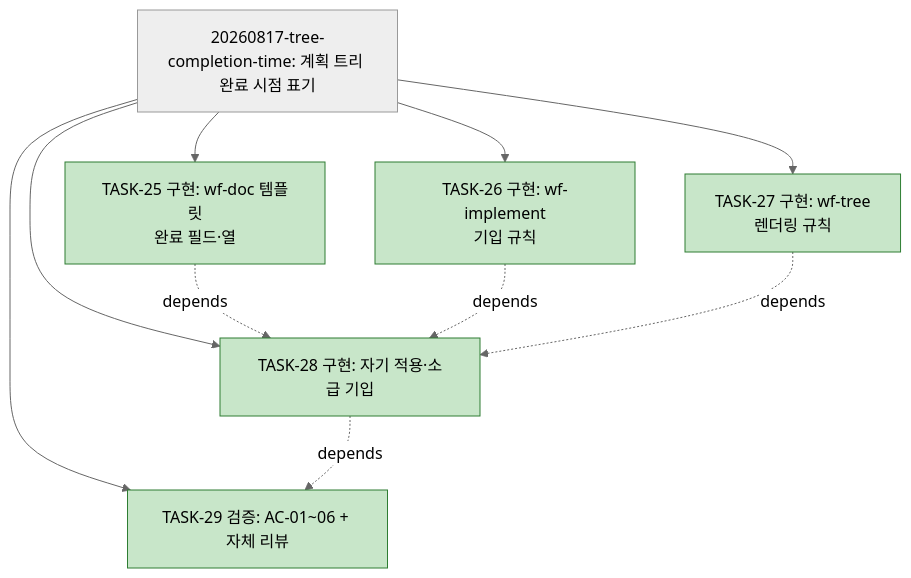
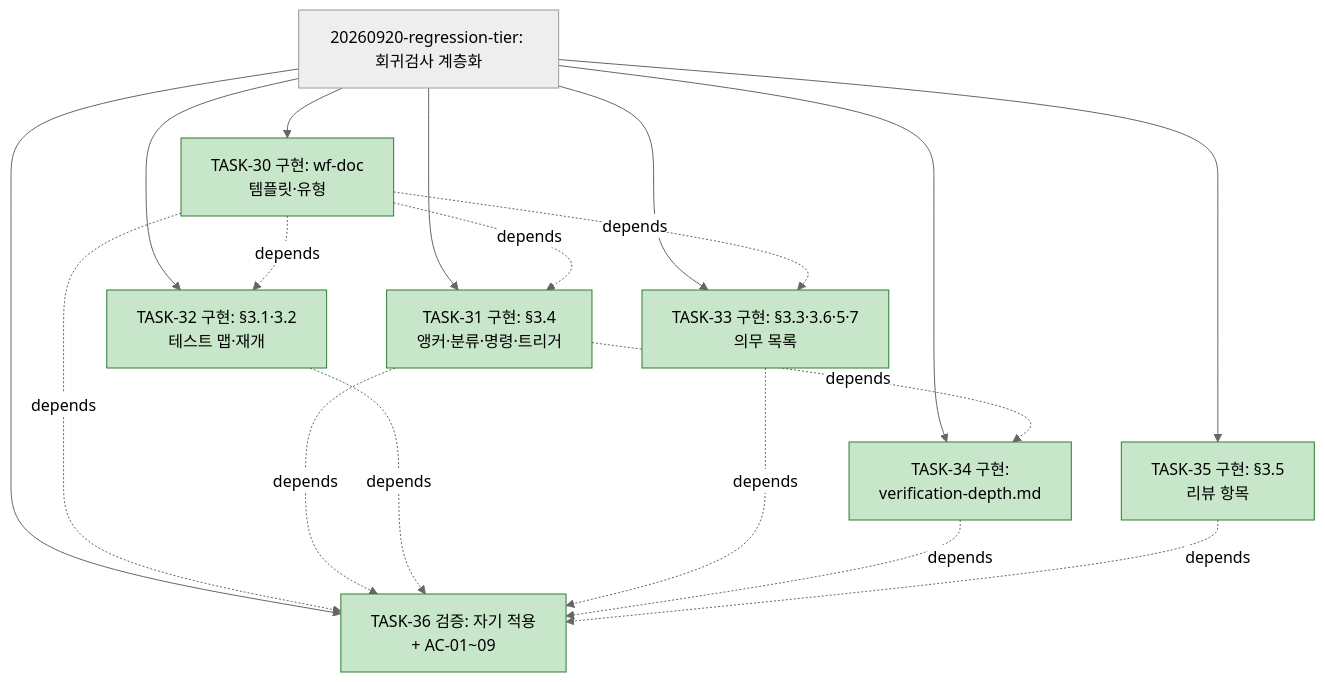
The diagram in docs/plan.md (bluesky5008/llm_workflow), drawn with Mermaid (neutral theme) before and after one commit. The commit also changed other lines of this file and 24 other files, not shown here.

First line of the commit message:
회귀검사 계층화 사이클(20260920-regression-tier): 검증 결과 3튜플 앵커(ADR-004)·테스트 맵 유형·회귀 의무 목록·검증 깊이 표(verification-depth.md) 신설, wf-implement §3.1~3.6·§5·§7과 wf-doc 템플릿 반영, 자기 적용 검증 AC 9/9; AI-DLC 논문 조사 산출물 14편과 기준선 측정 스크립트 추가

````diff
--- a/docs/plan.md
+++ b/docs/plan.md
@@ -50,16 +54,24 @@
 ```mermaid
 flowchart TD
-    ROOT["20260817-tree-completion-time: 계획 트리 완료 시점 표기"] --> T25["TASK-25 구현: wf-doc 템플릿<br/>완료 필드·열"]:::done
-    ROOT --> T26["TASK-26 구현: wf-implement<br/>기입 규칙"]:::done
-    ROOT --> T27["TASK-27 구현: wf-tree<br/>렌더링 규칙"]:::done
-    ROOT --> T28["TASK-28 구현: 자기 적용·소급 기입"]:::done
-    ROOT --> T29["TASK-29 검증: AC-01~06 + 자체 리뷰"]:::done
-    T25 -. depends .-> T28
-    T26 -. depends .-> T28
-    T27 -. depends .-> T28
-    T28 -. depends .-> T29
+    ROOT["20260920-regression-tier: 회귀검사 계층화"] --> T30["TASK-30 구현: wf-doc<br/>템플릿·유형"]:::done
+    ROOT --> T31["TASK-31 구현: §3.4<br/>앵커·분류·명령·트리거"]:::done
+    ROOT --> T32["TASK-32 구현: §3.1·3.2<br/>테스트 맵·재개"]:::done
+    ROOT --> T33["TASK-33 구현: §3.3·3.6·5·7<br/>의무 목록"]:::done
+    ROOT --> T34["TASK-34 구현:<br/>verification-depth.md"]:::done
+    ROOT --> T35["TASK-35 구현: §3.5<br/>리뷰 항목"]:::done
+    ROOT --> T36["TASK-36 검증: 자기 적용<br/>+ AC-01~09"]:::done
+    T30 -. depends .-> T31
+    T30 -. depends .-> T32
+    T30 -. depends .-> T33
+    T31 -. depends .-> T34
+    T30 -. depends .-> T36
+    T31 -. depends .-> T36
+    T32 -. depends .-> T36
+    T33 -. depends .-> T36
+    T34 -. depends .-> T36
+    T35 -. depends .-> T36
     classDef done fill:#c8e6c9,stroke:#2e7d32
     classDef active fill:#fff9c4,stroke:#f9a825
     classDef todo fill:#eceff1,stroke:#90a4ae
     classDef gate fill:#ffcdd2,stroke:#c62828
 ```
````
